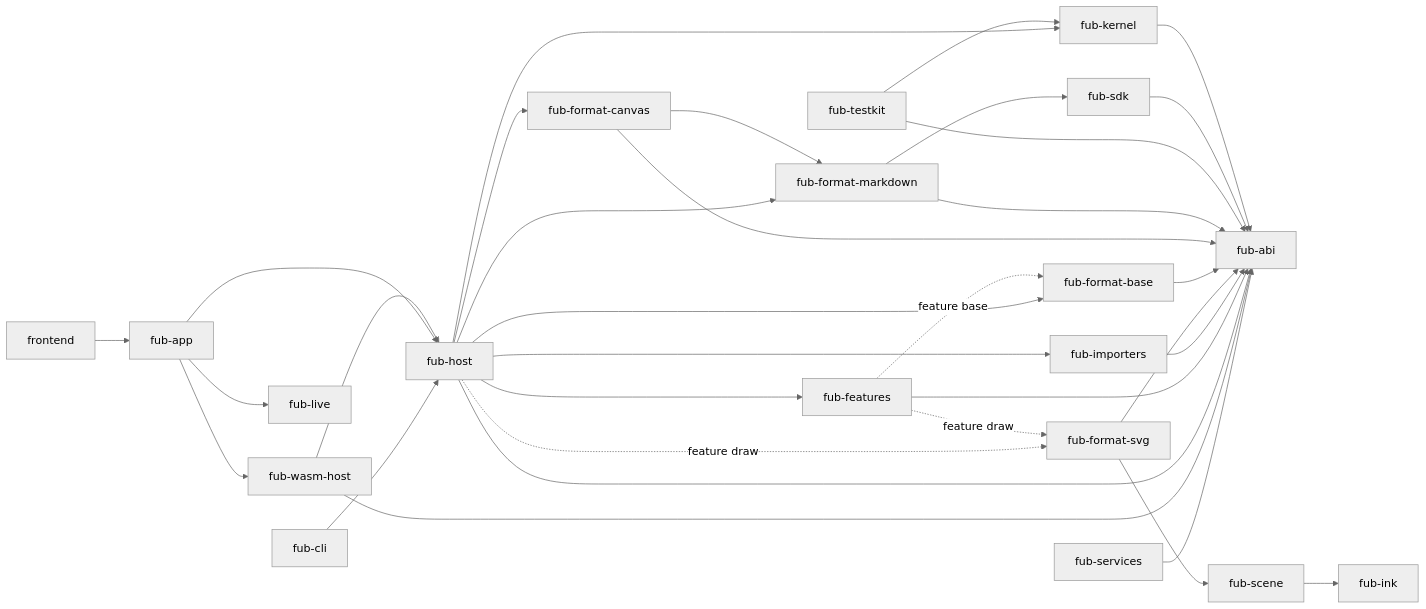
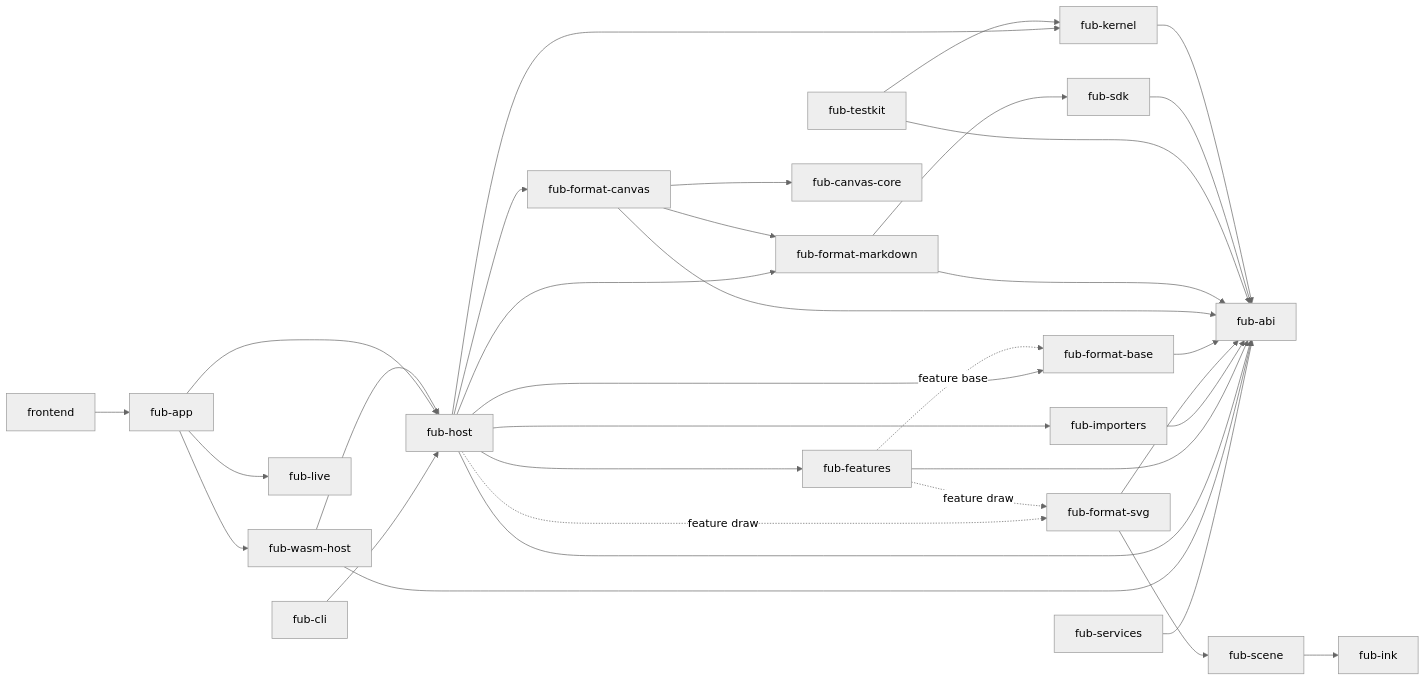
One commit to Fubeo/Fub changed the first of 3 diagrams in docs/architecture/components-and-boundaries.md. Above: the diagram before and after it, drawn with Mermaid (neutral theme). The commit also changed other lines of this file and 23 other files, not shown here.

Commit message:
feat(canvas): nucleo fub-canvas-core con il modello e la lettura della lavagna

````diff
--- a/docs/architecture/components-and-boundaries.md
+++ b/docs/architecture/components-and-boundaries.md
@@ -9,37 +9,38 @@
 ```mermaid
 flowchart LR
     ABI["fub-abi"]
     KERNEL["fub-kernel"] --> ABI
     SDK["fub-sdk"] --> ABI
     TESTKIT["fub-testkit"] --> KERNEL
     TESTKIT --> ABI
     MARKDOWN["fub-format-markdown"] --> ABI
     MARKDOWN --> SDK
     CANVAS["fub-format-canvas"] --> ABI
     CANVAS --> MARKDOWN
+    CANVAS --> CANVASCORE["fub-canvas-core"]
     BASE["fub-format-base"] --> ABI
     INK["fub-ink"]
     SCENE["fub-scene"] --> INK
     SVG["fub-format-svg"] --> ABI
     SVG --> SCENE
     IMPORTERS["fub-importers"] --> ABI
     FEATURES["fub-features"] --> ABI
     FEATURES -. "feature base" .-> BASE
     FEATURES -. "feature draw" .-> SVG
     HOST["fub-host"] --> KERNEL
     HOST --> ABI
     HOST --> FEATURES
     HOST --> MARKDOWN
     HOST --> CANVAS
     HOST --> BASE
     HOST -. "feature draw" .-> SVG
     HOST --> IMPORTERS
     WASM["fub-wasm-host"] --> ABI
     WASM --> HOST
     APP["fub-app"] --> HOST
     APP --> WASM
     APP --> LIVE["fub-live"]
     CLI["fub-cli"] --> HOST
     SERVICES["fub-services"] --> ABI
     FRONTEND["frontend"] --> APP
 ```
````
